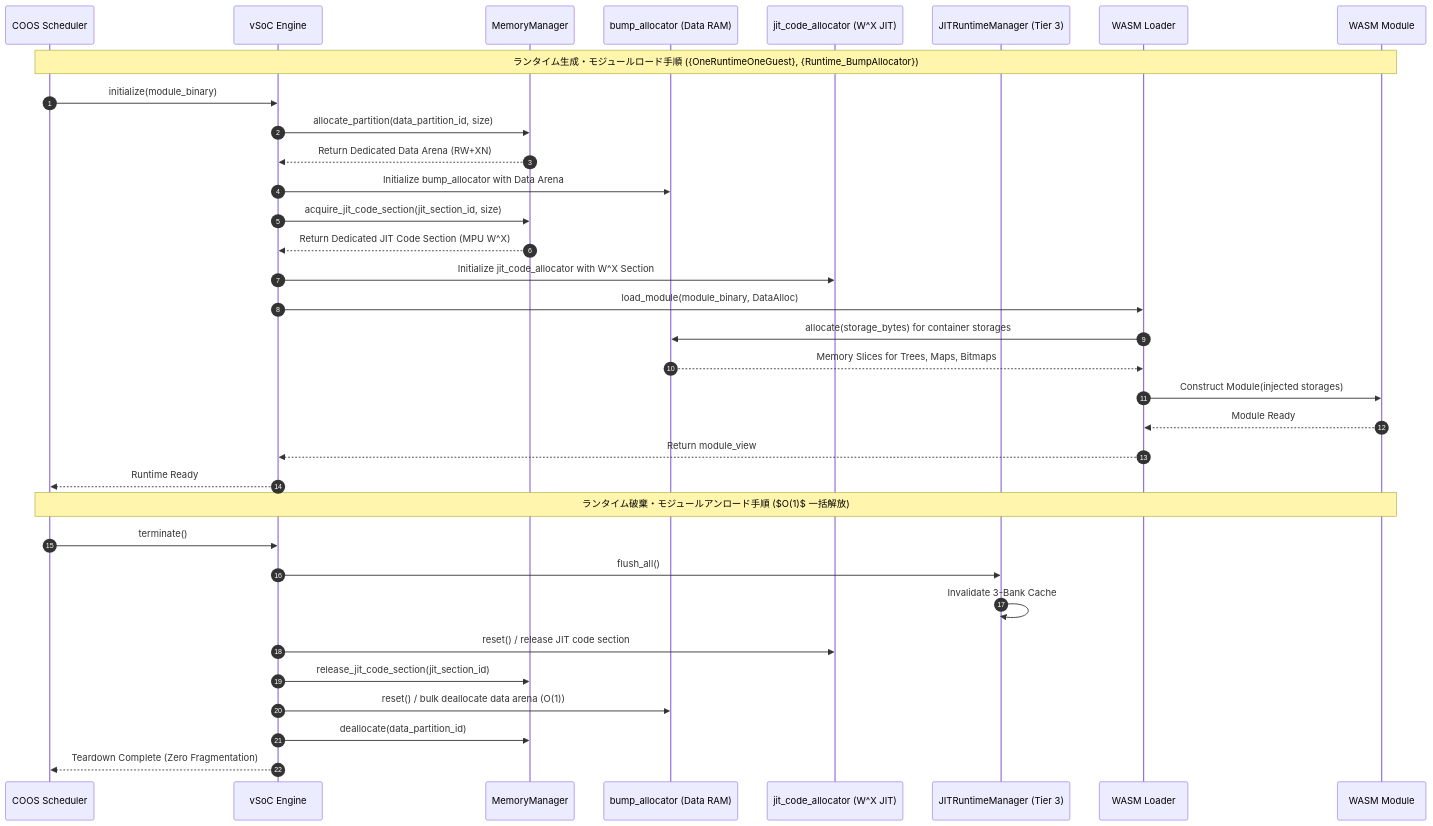
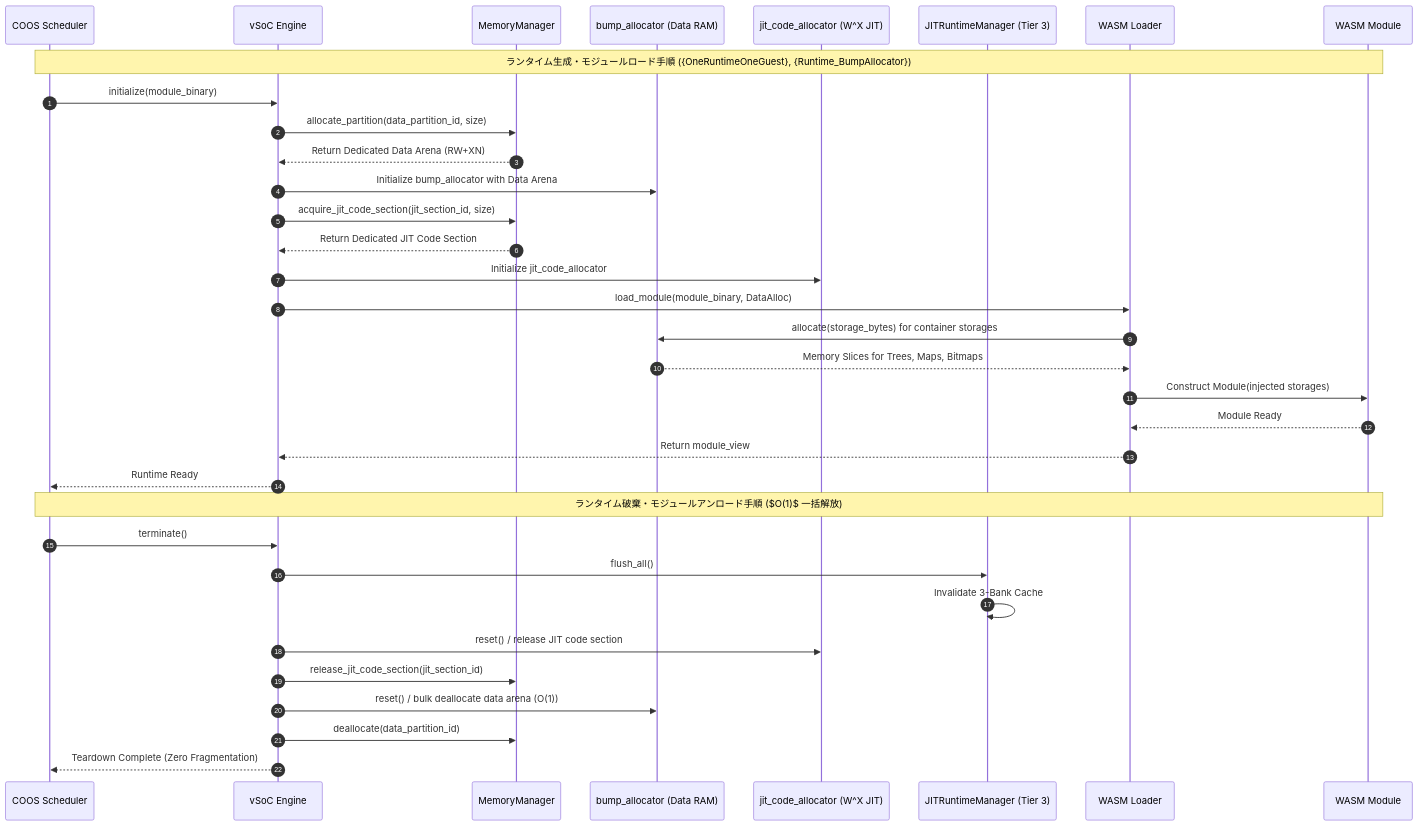
One commit to kmt-t/fireball changed the second of 6 diagrams in docs/components/tier2_runtime/runtime_vsoc.md. Above: the diagram before and after it, drawn with Mermaid. The commit also changed other lines of this file and 205 other files, not shown here.

````diff
--- a/docs/components/tier2_runtime/runtime_vsoc.md
+++ b/docs/components/tier2_runtime/runtime_vsoc.md
@@ -157,38 +154,38 @@
 ```mermaid
 sequenceDiagram
     autonumber
     participant Sched as COOS Scheduler
     participant vSoC as vSoC Engine
     participant Mem as MemoryManager
     participant DataAlloc as bump_allocator (Data RAM)
     participant JitAlloc as jit_code_allocator (W^X JIT)
     participant JitRuntime as JITRuntimeManager (Tier 3)
     participant Loader as WASM Loader
     participant Mod as WASM Module
 
     Note over Sched,Mod: ランタイム生成・モジュールロード手順 ({OneRuntimeOneGuest}, {Runtime_BumpAllocator})
     Sched->>vSoC: initialize(module_binary)
     vSoC->>Mem: allocate_partition(data_partition_id, size)
     Mem-->>vSoC: Return Dedicated Data Arena (RW+XN)
     vSoC->>DataAlloc: Initialize bump_allocator with Data Arena
     vSoC->>Mem: acquire_jit_code_section(jit_section_id, size)
-    Mem-->>vSoC: Return Dedicated JIT Code Section (MPU W^X)
-    vSoC->>JitAlloc: Initialize jit_code_allocator with W^X Section
+    Mem-->>vSoC: Return Dedicated JIT Code Section
+    vSoC->>JitAlloc: Initialize jit_code_allocator
     vSoC->>Loader: load_module(module_binary, DataAlloc)
     Loader->>DataAlloc: allocate(storage_bytes) for container storages
     DataAlloc-->>Loader: Memory Slices for Trees, Maps, Bitmaps
     Loader->>Mod: Construct Module(injected storages)
     Mod-->>Loader: Module Ready
     Loader-->>vSoC: Return module_view
     vSoC-->>Sched: Runtime Ready
 
     Note over Sched,Mod: ランタイム破棄・モジュールアンロード手順 ($O(1)$ 一括解放)
     Sched->>vSoC: terminate()
     vSoC->>JitRuntime: flush_all()
     JitRuntime->>JitRuntime: Invalidate 3-Bank Cache
     vSoC->>JitAlloc: reset() / release JIT code section
     vSoC->>Mem: release_jit_code_section(jit_section_id)
     vSoC->>DataAlloc: reset() / bulk deallocate data arena (O(1))
     vSoC->>Mem: deallocate(data_partition_id)
     vSoC-->>Sched: Teardown Complete (Zero Fragmentation)
 ```
````
